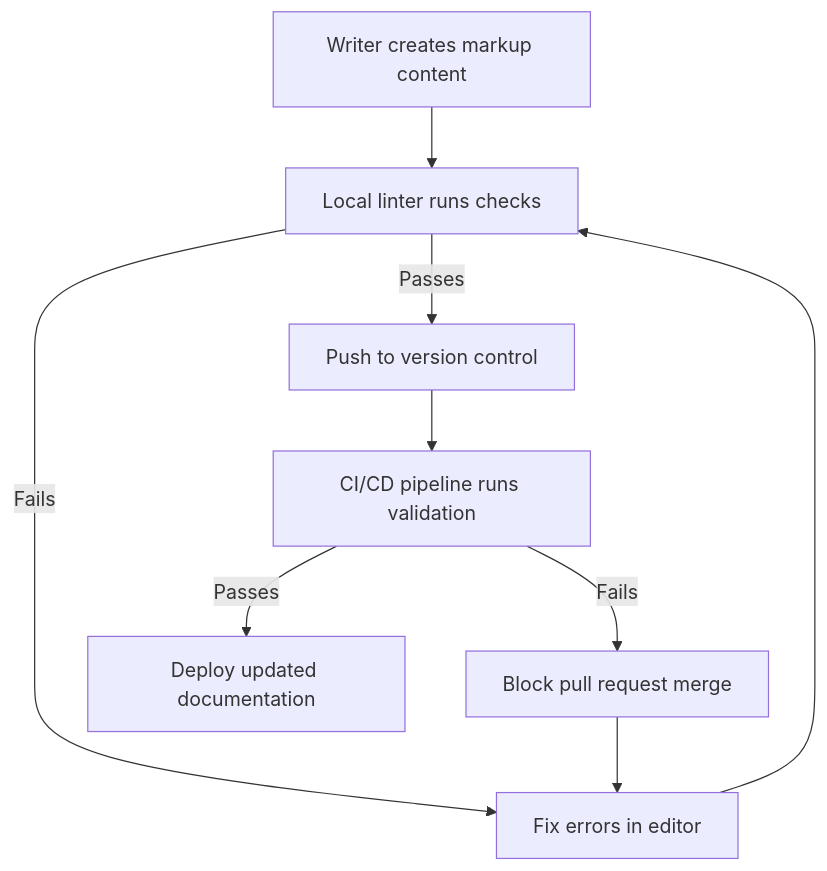
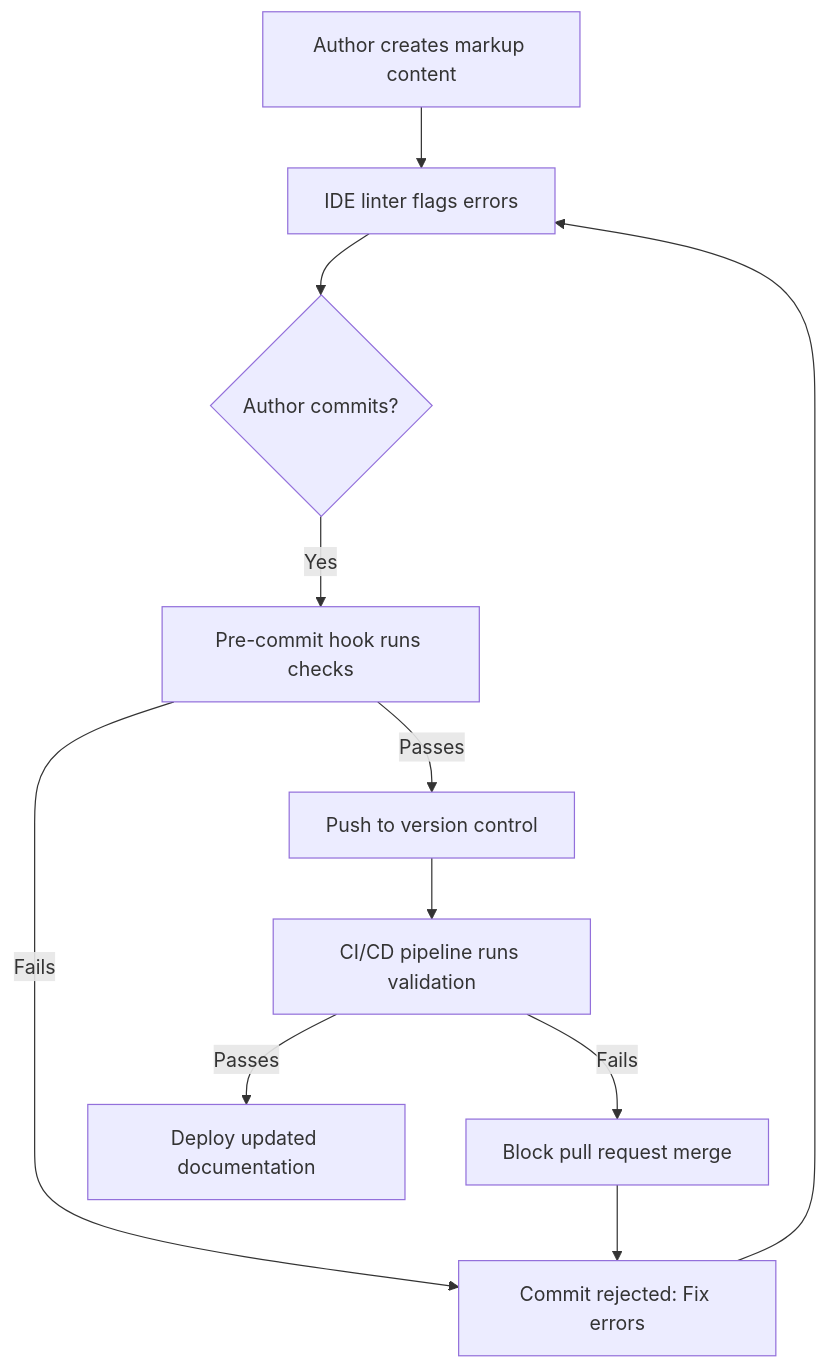
Before and after one commit to vaishvanara/techwritingkb: the second of 2 diagrams in docs/industry-terms/style-guide-as-code.md, drawn with Mermaid. The commit also changed other lines of this file and 51 other files, not shown here.

````diff
--- a/docs/industry-terms/style-guide-as-code.md
+++ b/docs/industry-terms/style-guide-as-code.md
@@ -50,11 +50,13 @@
 ```mermaid
 graph TD
-    A[Writer creates markup content] --> B[Local linter runs checks]
-    B -->|Fails| C[Fix errors in editor]
-    C --> B
-    B -->|Passes| D[Push to version control]
-    D --> E[CI/CD pipeline runs validation]
-    E -->|Fails| F[Block pull request merge]
-    F --> C
-    E -->|Passes| G[Deploy updated documentation]
+    A[Author creates markup content] --> B[IDE linter flags errors]
+    B --> C{Author commits?}
+    C -->|Yes| D[Pre-commit hook runs checks]
+    D -->|Fails| E[Commit rejected: Fix errors]
+    E --> B
+    D -->|Passes| F[Push to version control]
+    F --> G[CI/CD pipeline runs validation]
+    G -->|Fails| H[Block pull request merge]
+    H --> E
+    G -->|Passes| I[Deploy updated documentation]
 ```
````
